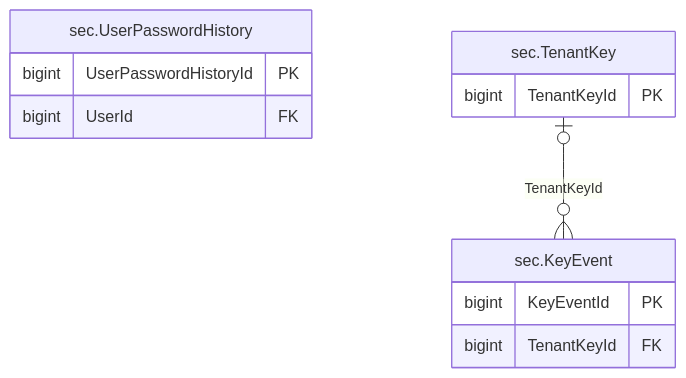
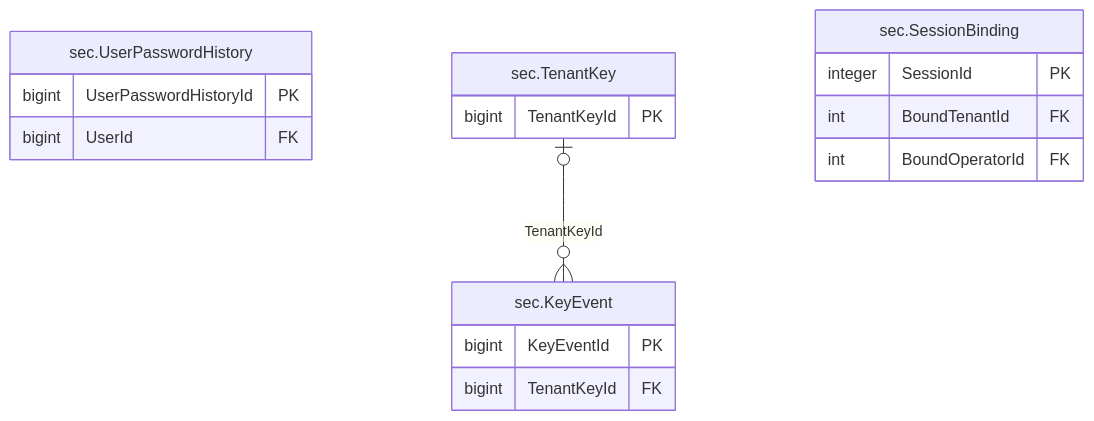
The diagram in treasury-platform/docs/diagrams/erd/m0_sessions_2.mmd (thawrasy/smartlines), drawn with Mermaid before and after one commit. The commit also changed 201 other files, not shown here.

```diff
--- a/treasury-platform/docs/diagrams/erd/m0_sessions_2.mmd
+++ b/treasury-platform/docs/diagrams/erd/m0_sessions_2.mmd
@@ -1,14 +1,19 @@
 %% م0 · الجلسات والمفاتيح والمحاولات (2/2) — Sessions, keys & attempts
 erDiagram
   sec_UserPasswordHistory["sec.UserPasswordHistory"] {
     bigint UserPasswordHistoryId PK
     bigint UserId FK
   }
   sec_TenantKey["sec.TenantKey"] {
     bigint TenantKeyId PK
   }
   sec_KeyEvent["sec.KeyEvent"] {
     bigint KeyEventId PK
     bigint TenantKeyId FK
   }
+  sec_SessionBinding["sec.SessionBinding"] {
+    integer SessionId PK
+    int BoundTenantId FK
+    int BoundOperatorId FK
+  }
   sec_TenantKey |o--o{ sec_KeyEvent : "TenantKeyId"
```
